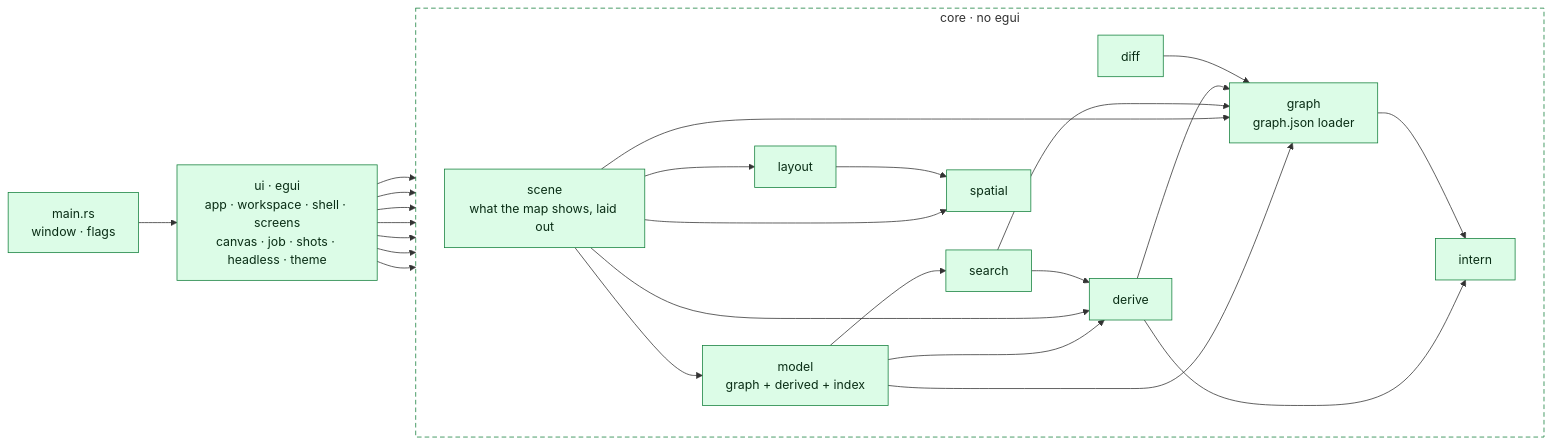
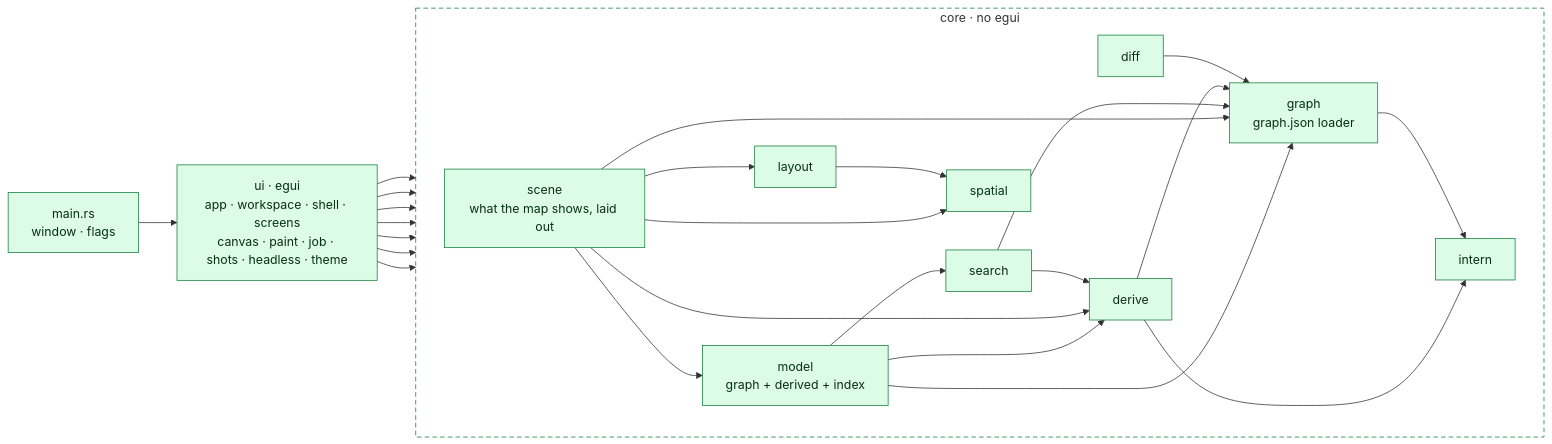
The first of 3 diagrams in docs/architecture/viewer.md (Avicted/tools.pipeline-graph), drawn with Mermaid before and after one commit. The commit also changed 5 other files, not shown here.

First line of the commit message:
refactor(viewer): split canvas_view into stages, painters into paint.rs

````diff
--- a/docs/architecture/viewer.md
+++ b/docs/architecture/viewer.md
@@ -13,46 +13,46 @@
 ```mermaid
 %% view: viewer-modules
 flowchart LR
     main["main.rs<br/>window · flags"]
-    ui["ui · egui<br/>app · workspace · shell · screens<br/>canvas · job · shots · headless · theme"]
+    ui["ui · egui<br/>app · workspace · shell · screens<br/>canvas · paint · job · shots · headless · theme"]
     subgraph core["core · no egui"]
         direction LR
         core_model["model<br/>graph + derived + index"]
         core_scene["scene<br/>what the map shows, laid out"]
         core_search["search"]
         core_derive["derive"]
         core_diff["diff"]
         core_graph["graph<br/>graph.json loader"]
         core_intern["intern"]
         core_layout["layout"]
         core_spatial["spatial"]
     end
 
     main --> ui
     ui --> core_model
     ui --> core_scene
     ui --> core_search
     ui --> core_derive
     ui --> core_diff
     ui --> core_graph
     ui --> core_spatial
     core_model --> core_derive
     core_model --> core_graph
     core_model --> core_search
     core_scene --> core_derive
     core_scene --> core_graph
     core_scene --> core_layout
     core_scene --> core_model
     core_scene --> core_spatial
     core_search --> core_derive
     core_search --> core_graph
     core_derive --> core_graph
     core_derive --> core_intern
     core_diff --> core_graph
     core_graph --> core_intern
     core_layout --> core_spatial
 
     classDef rust fill:#dcfce7,stroke:#15803d,color:#0a2e16
     class main,ui,core_model,core_scene,core_search,core_derive,core_diff,core_graph,core_intern,core_layout,core_spatial rust
     style core fill:none,stroke:#15803d,stroke-dasharray:6 4
 ```
````
